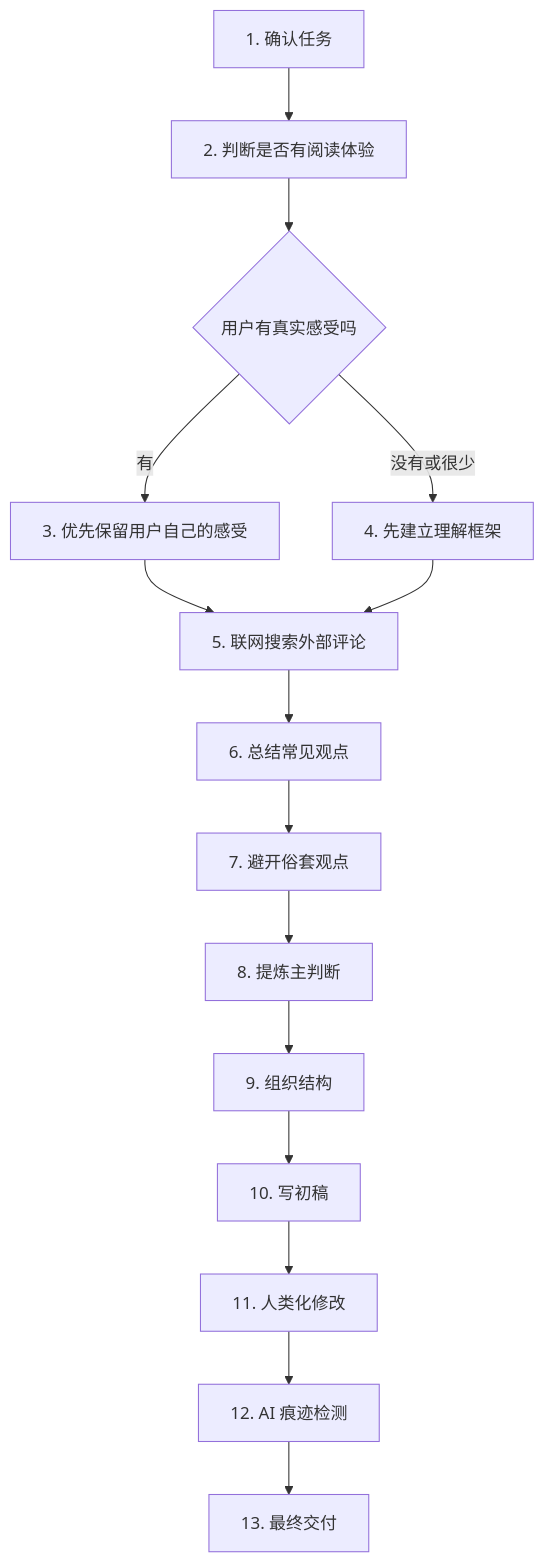
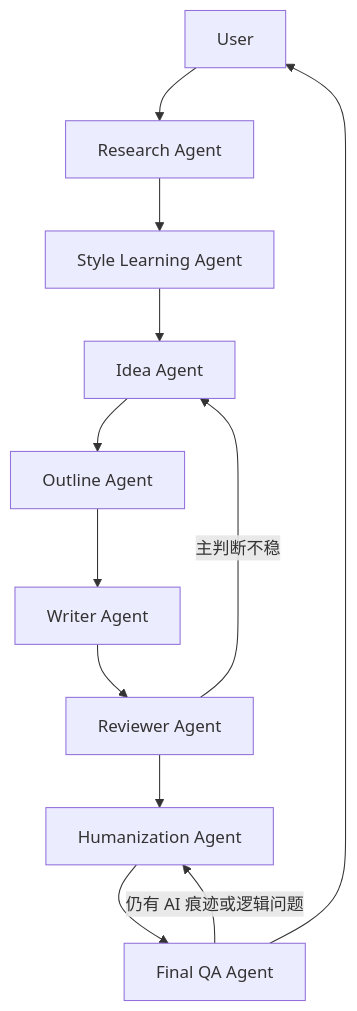
Before and after one commit to lyingdowndragon6839-design/Classic-Literary-Review-Skill: the first of 2 diagrams in WORKFLOW.md, drawn with Mermaid. The commit also changed other lines of this file and 20 other files, not shown here.

Commit message:
refactor: polish repository architecture, workflow and documentation for production quality

````diff
--- a/WORKFLOW.md
+++ b/WORKFLOW.md
@@ -84,17 +7,14 @@
 ```mermaid
 flowchart TD
-    A["1. 确认任务"] --> B["2. 判断是否有阅读体验"]
-    B --> C{"用户有真实感受吗"}
-    C -- "有" --> D["3. 优先保留用户自己的感受"]
-    C -- "没有或很少" --> E["4. 先建立理解框架"]
-    D --> F["5. 联网搜索外部评论"]
-    E --> F
-    F --> G["6. 总结常见观点"]
-    G --> H["7. 避开俗套观点"]
-    H --> I["8. 提炼主判断"]
-    I --> J["9. 组织结构"]
-    J --> K["10. 写初稿"]
-    K --> L["11. 人类化修改"]
-    L --> M["12. AI 痕迹检测"]
-    M --> N["13. 最终交付"]
+    U["User"] --> R["Research Agent"]
+    R --> S["Style Learning Agent"]
+    S --> I["Idea Agent"]
+    I --> O["Outline Agent"]
+    O --> W["Writer Agent"]
+    W --> V["Reviewer Agent"]
+    V --> H["Humanization Agent"]
+    H --> Q["Final QA Agent"]
+    Q --> U
+    V -- "主判断不稳" --> I
+    Q -- "仍有 AI 痕迹或逻辑问题" --> H
 ```
````
